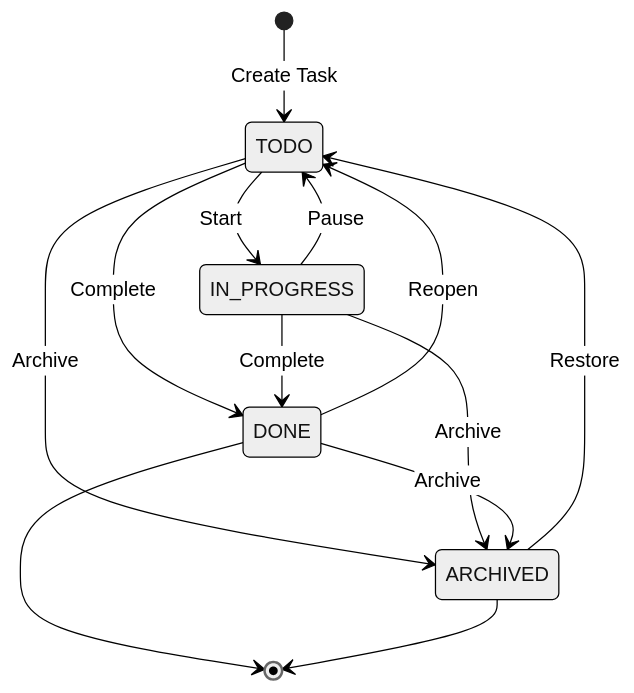
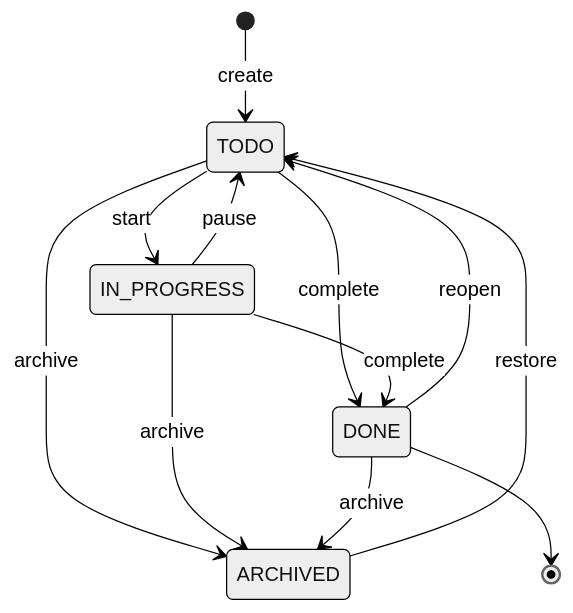
One commit to felipefontoura/spec-driven-development-book changed the ninth of 15 diagrams in BOOK.en.md. Above: the diagram before and after it, drawn with Mermaid (neutral theme). The commit also changed other lines of this file and 4 other files, not shown here.

````diff
--- a/BOOK.en.md
+++ b/BOOK.en.md
@@ -1482,20 +1934,14 @@
 ```mermaid
 stateDiagram-v2
-    [*] --> TODO: Create Task
-
-    TODO --> IN_PROGRESS: Start
-    TODO --> DONE: Complete
-    TODO --> ARCHIVED: Archive
-
-    IN_PROGRESS --> TODO: Pause
-    IN_PROGRESS --> DONE: Complete
-    IN_PROGRESS --> ARCHIVED: Archive
-
-    DONE --> TODO: Reopen
-    DONE --> ARCHIVED: Archive
-
-    ARCHIVED --> TODO: Restore
-
+    [*] --> TODO: create
+    TODO --> IN_PROGRESS: start
+    TODO --> DONE: complete
+    IN_PROGRESS --> TODO: pause
+    IN_PROGRESS --> DONE: complete
+    DONE --> TODO: reopen
+    TODO --> ARCHIVED: archive
+    IN_PROGRESS --> ARCHIVED: archive
+    DONE --> ARCHIVED: archive
+    ARCHIVED --> TODO: restore
     DONE --> [*]
-    ARCHIVED --> [*]
 ```
````
